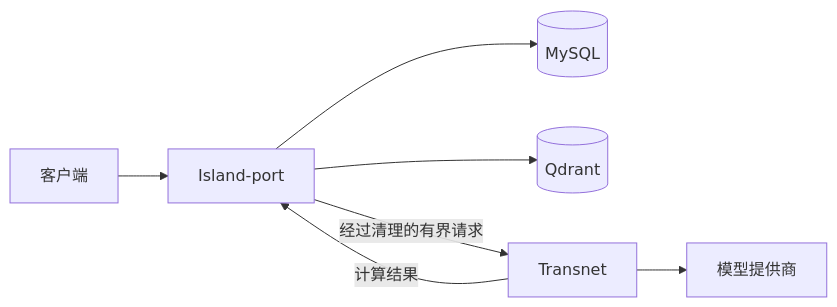
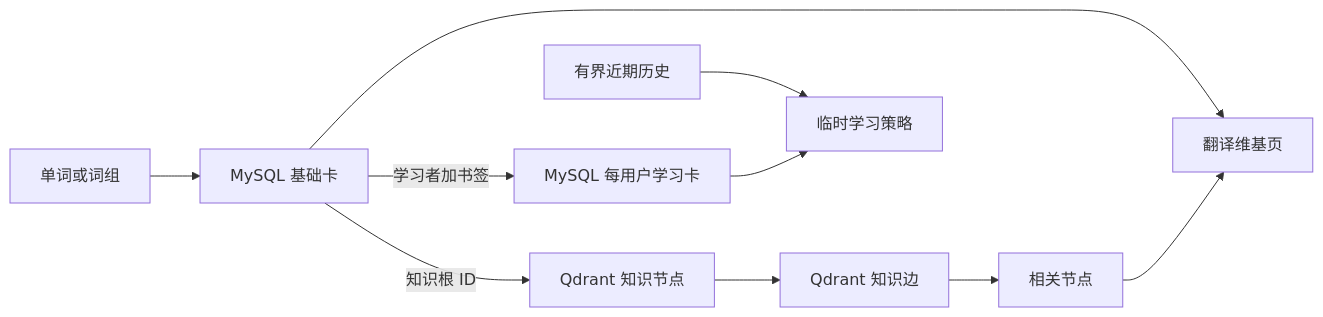
Before and after one commit to Ashex-x/Transnet: the first of 2 diagrams in docs_cn/transnet_cn.md, drawn with Mermaid. The commit also changed other lines of this file and 10 other files, not shown here.

````diff
--- a/docs_cn/transnet_cn.md
+++ b/docs_cn/transnet_cn.md
@@ -11,9 +90,12 @@
 ```mermaid
 flowchart LR
-  client["客户端"] --> port["Island-port"]
-  port --> mysql[("MySQL")]
-  port --> qdrant[("Qdrant")]
-  port -->|"经过清理的有界请求"| transnet["Transnet"]
-  transnet --> models["模型提供商"]
-  transnet -->|"计算结果"| port
+  query["单词或词组"] --> basic["MySQL 基础卡"]
+  basic -->|"知识根 ID"| nodes["Qdrant 知识节点"]
+  nodes --> edges["Qdrant 知识边"]
+  edges --> related["相关节点"]
+  basic --> wiki["翻译维基页"]
+  related --> wiki
+  basic -->|"学习者加书签"| personal["MySQL 每用户学习卡"]
+  history["有界近期历史"] --> strategy["临时学习策略"]
+  personal --> strategy
 ```
````
